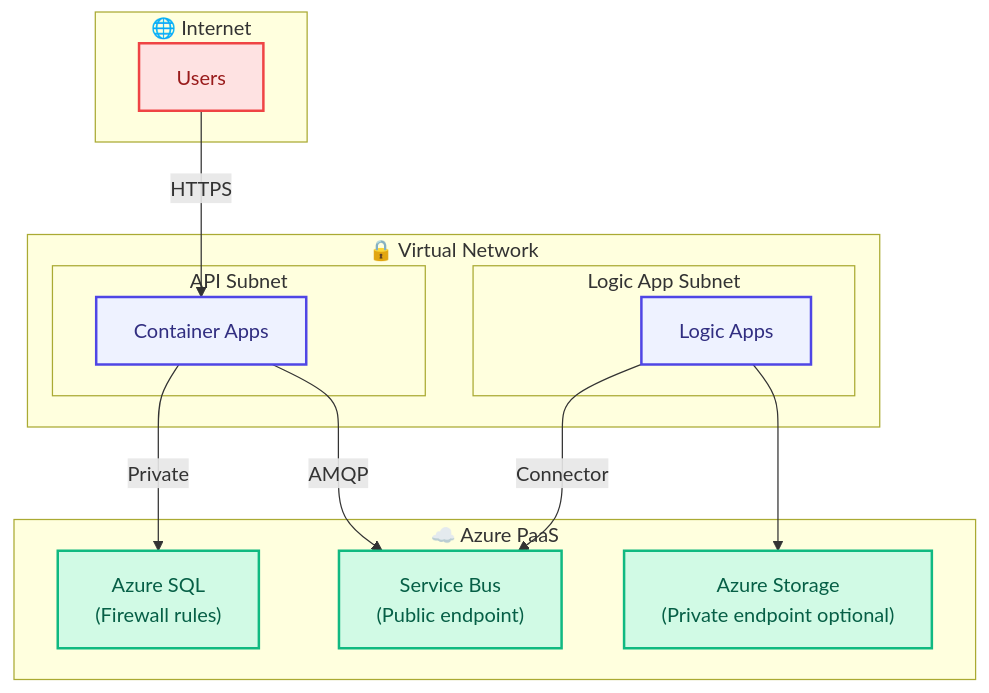
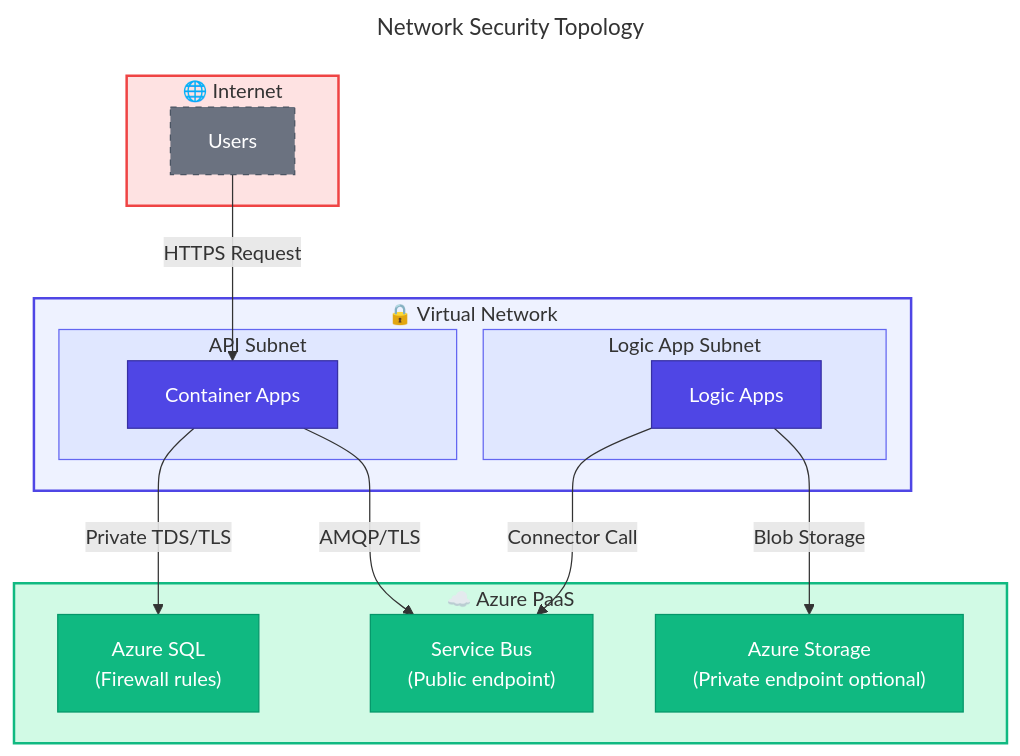
Before and after one commit to Evilazaro/Azure-LogicApps-Monitoring: the fourth of 4 diagrams in docs/architecture/06-security-architecture.md, drawn with Mermaid. The commit also changed other lines of this file, not shown here.

Commit message:
docs: Enhance mermaid diagrams in security architecture with titles and improved styling for better clarity and organization

````diff
--- a/docs/architecture/06-security-architecture.md
+++ b/docs/architecture/06-security-architecture.md
@@ -225,38 +261,54 @@
 ```mermaid
+---
+title: Network Security Topology
+---
 flowchart TB
-    %% Network Security Topology - VNet integration and PaaS connectivity
+    %% ===== CLASS DEFINITIONS =====
+    classDef primary fill:#4F46E5,stroke:#3730A3,color:#FFFFFF
+    classDef secondary fill:#10B981,stroke:#059669,color:#FFFFFF
+    classDef datastore fill:#F59E0B,stroke:#D97706,color:#000000
+    classDef external fill:#6B7280,stroke:#4B5563,color:#FFFFFF,stroke-dasharray: 5 5
+    classDef failed fill:#F44336,stroke:#C62828,color:#FFFFFF
+    classDef trigger fill:#818CF8,stroke:#4F46E5,color:#FFFFFF
+    classDef decision fill:#FFFBEB,stroke:#F59E0B,color:#000000
+    classDef input fill:#F3F4F6,stroke:#6B7280,color:#000000
+
+    %% ===== INTERNET SUBGRAPH =====
     subgraph Internet["🌐 Internet"]
         Users["Users"]
     end
+    style Internet fill:#FEE2E2,stroke:#EF4444,stroke-width:2px
 
+    %% ===== VIRTUAL NETWORK SUBGRAPH =====
     subgraph VNet["🔒 Virtual Network"]
         subgraph APISubnet["API Subnet"]
             API["Container Apps"]
         end
         subgraph LASubnet["Logic App Subnet"]
             LA["Logic Apps"]
         end
     end
+    style VNet fill:#EEF2FF,stroke:#4F46E5,stroke-width:2px
+    style APISubnet fill:#E0E7FF,stroke:#6366F1,stroke-width:1px
+    style LASubnet fill:#E0E7FF,stroke:#6366F1,stroke-width:1px
 
+    %% ===== AZURE PAAS SUBGRAPH =====
     subgraph PaaS["☁️ Azure PaaS"]
         SQL["Azure SQL<br/>(Firewall rules)"]
         SB["Service Bus<br/>(Public endpoint)"]
         Storage["Azure Storage<br/>(Private endpoint optional)"]
     end
+    style PaaS fill:#D1FAE5,stroke:#10B981,stroke-width:2px
 
-    %% Network flows
-    Users -->|"HTTPS"| API
-    API -->|"Private"| SQL
-    API -->|"AMQP"| SB
-    LA -->|"Connector"| SB
-    LA --> Storage
+    %% ===== NETWORK FLOWS =====
+    Users -->|"HTTPS Request"| API
+    API -->|"Private TDS/TLS"| SQL
+    API -->|"AMQP/TLS"| SB
+    LA -->|"Connector Call"| SB
+    LA -->|"Blob Storage"| Storage
 
-    %% Modern color palette - WCAG AA compliant
-    classDef internet fill:#FEE2E2,stroke:#EF4444,stroke-width:2px,color:#991B1B
-    classDef vnet fill:#EEF2FF,stroke:#4F46E5,stroke-width:2px,color:#312E81
-    classDef paas fill:#D1FAE5,stroke:#10B981,stroke-width:2px,color:#065F46
-
-    class Users internet
-    class API,LA vnet
-    class SQL,SB,Storage paas
+    %% ===== NODE STYLES =====
+    class Users external
+    class API,LA primary
+    class SQL,SB,Storage secondary
 ```
````
